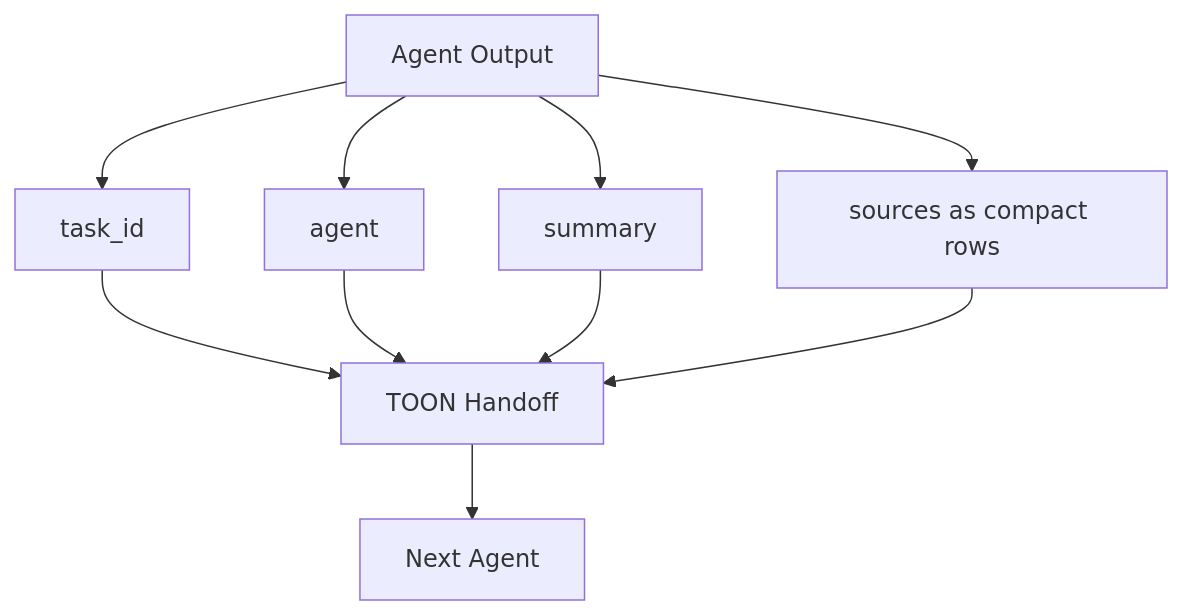
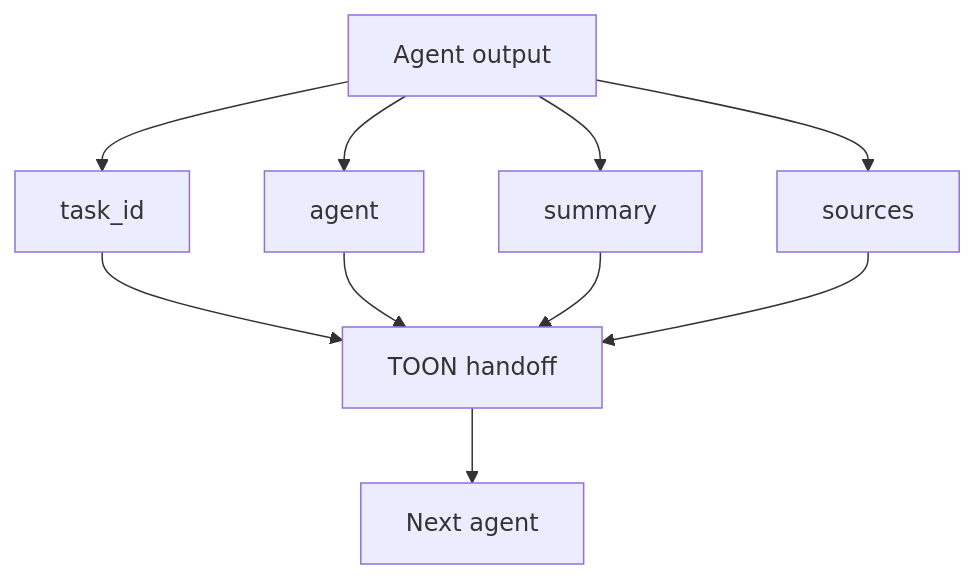
The sixth of 10 diagrams in docs/diagrams.md (Hassaan146/agentic-ai-workflow), drawn with Mermaid before and after one commit. The commit also changed other lines of this file, not shown here.

Commit message:
Make diagrams PDF export friendly

````diff
--- a/docs/diagrams.md
+++ b/docs/diagrams.md
@@ -84,12 +95,12 @@
 ```mermaid
 flowchart TD
-    A["Agent Output"] --> B["task_id"]
+    A["Agent output"] --> B["task_id"]
     A --> C["agent"]
     A --> D["summary"]
-    A --> E["sources as compact rows"]
-    B --> F["TOON Handoff"]
+    A --> E["sources"]
+    B --> F["TOON handoff"]
     C --> F
     D --> F
     E --> F
-    F --> G["Next Agent"]
+    F --> G["Next agent"]
 ```
````
